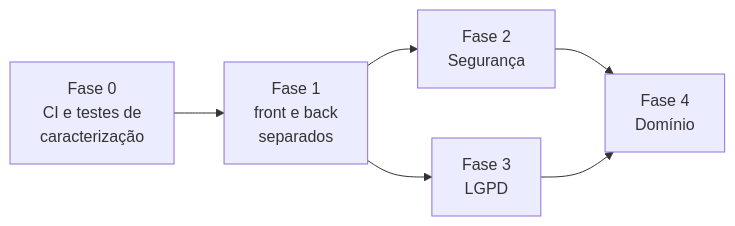
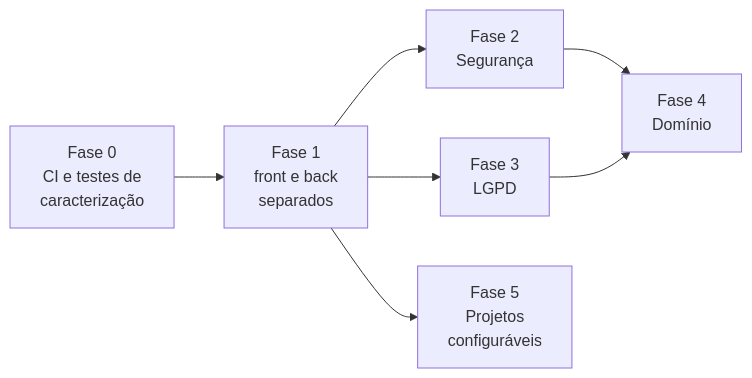
Before and after one commit to Matheus-Lordron/ki67: the second of 2 diagrams in docs/05-plano-de-refatoracao.md, drawn with Mermaid. The commit also changed other lines of this file, not shown here.

Commit message:
docs: classes e equipe configuráveis por projeto no plano (R-24 a R-27)

````diff
--- a/docs/05-plano-de-refatoracao.md
+++ b/docs/05-plano-de-refatoracao.md
@@ -123,7 +123,8 @@
 ```mermaid
 flowchart LR
     F0["Fase 0<br/>CI e testes de<br/>caracterização"] --> F1["Fase 1<br/>front e back<br/>separados"]
     F1 --> F2["Fase 2<br/>Segurança"]
     F1 --> F3["Fase 3<br/>LGPD"]
     F2 & F3 --> F4["Fase 4<br/>Domínio"]
+    F1 --> F5["Fase 5<br/>Projetos<br/>configuráveis"]
 ```
````
